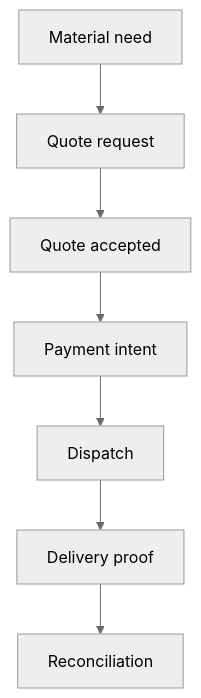
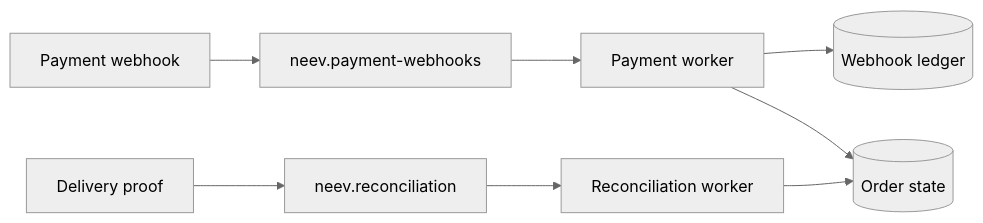
One commit to Gautam215/neev-b2b-marketplace changed the tenth of 22 diagrams in README.md. Above: the diagram before and after it, drawn with Mermaid (neutral theme). The commit also changed other lines of this file and 31 other files, not shown here.

Commit message:
feat: harden API security and document architecture

````diff
--- a/README.md
+++ b/README.md
@@ -43,9 +195,10 @@
 ```mermaid
-flowchart TD
-  Need[Material need] --> Quote[Quote request]
-  Quote --> Accept[Quote accepted]
-  Accept --> Pay[Payment intent]
-  Pay --> Dispatch[Dispatch]
-  Dispatch --> Delivery[Delivery proof]
-  Delivery --> Reconcile[Reconciliation]
+flowchart LR
+  Webhook[Payment webhook] --> PaymentQueue[neev.payment-webhooks]
+  Proof[Delivery proof] --> ReconcileQueue[neev.reconciliation]
+  PaymentQueue --> PaymentWorker[Payment worker]
+  ReconcileQueue --> ReconcileWorker[Reconciliation worker]
+  PaymentWorker --> Ledger[(Webhook ledger)]
+  PaymentWorker --> Order[(Order state)]
+  ReconcileWorker --> Order
 ```
````
